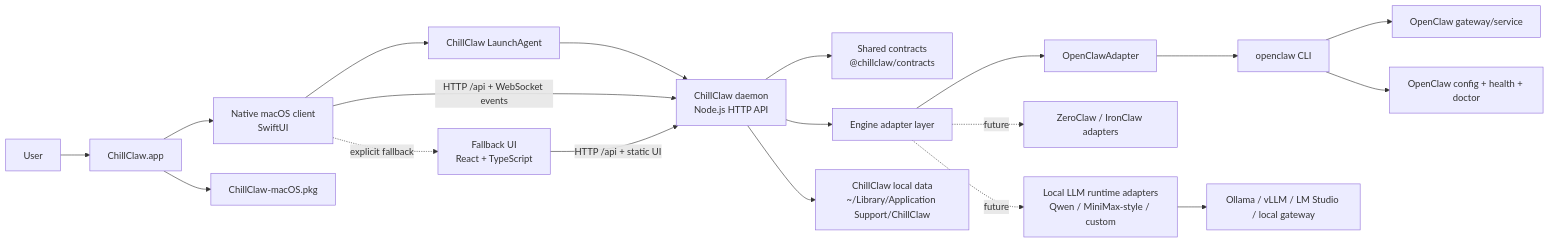
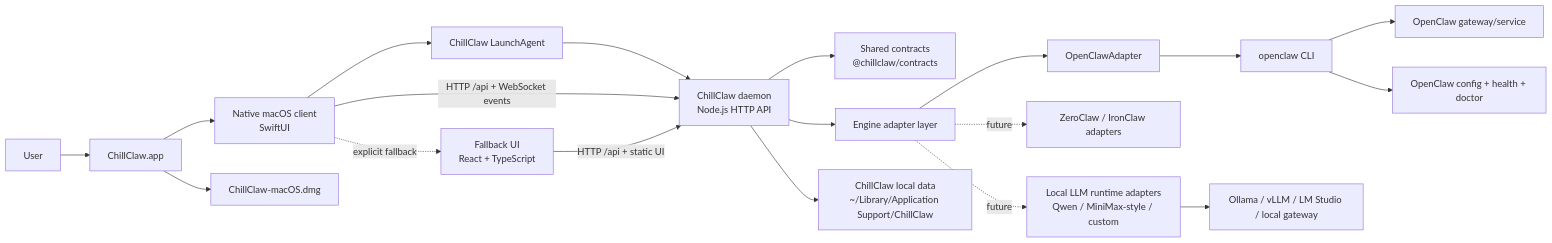
Before and after one commit to Jian130/chillclaw: the diagram in README.md, drawn with Mermaid. The commit also changed other lines of this file and 53 other files, not shown here.

````diff
--- a/README.md
+++ b/README.md
@@ -89,21 +89,21 @@
 ```mermaid
 flowchart LR
     User["User"] --> App["ChillClaw.app"]
     App --> Native["Native macOS client<br/>SwiftUI"]
     Native --> LaunchAgent["ChillClaw LaunchAgent"]
     LaunchAgent --> Daemon["ChillClaw daemon<br/>Node.js HTTP API"]
     Native -->|HTTP /api + WebSocket events| Daemon
     Native -. explicit fallback .-> Browser["Fallback UI<br/>React + TypeScript"]
     Browser -->|HTTP /api + static UI| Daemon
     Daemon --> Contracts["Shared contracts<br/>@chillclaw/contracts"]
     Daemon --> Adapter["Engine adapter layer"]
     Adapter --> OpenClaw["OpenClawAdapter"]
     Adapter -. future .-> Future["ZeroClaw / IronClaw adapters"]
     Adapter -. future .-> LocalLLM["Local LLM runtime adapters<br/>Qwen / MiniMax-style / custom"]
     OpenClaw --> CLI["openclaw CLI"]
     CLI --> Gateway["OpenClaw gateway/service"]
     CLI --> Config["OpenClaw config + health + doctor"]
     LocalLLM --> LocalRuntime["Ollama / vLLM / LM Studio / local gateway"]
     Daemon --> Data["ChillClaw local data<br/>~/Library/Application Support/ChillClaw"]
-    App --> Pkg["ChillClaw-macOS.pkg"]
+    App --> Dmg["ChillClaw-macOS.dmg"]
 ```
````
